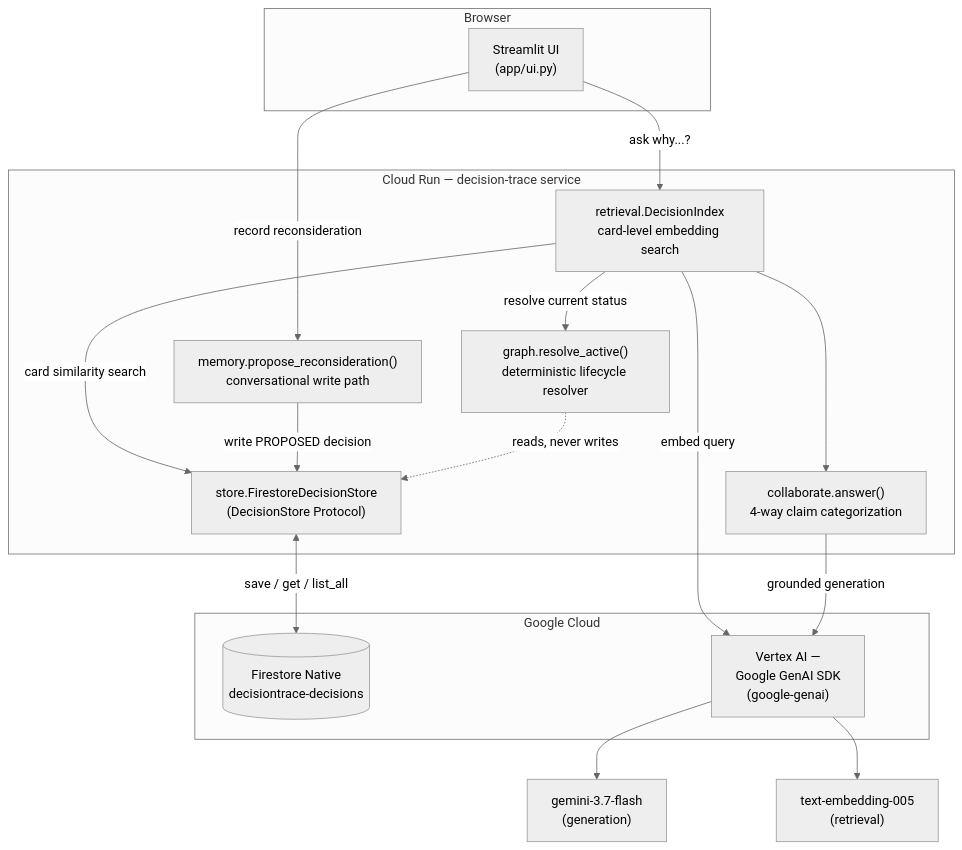
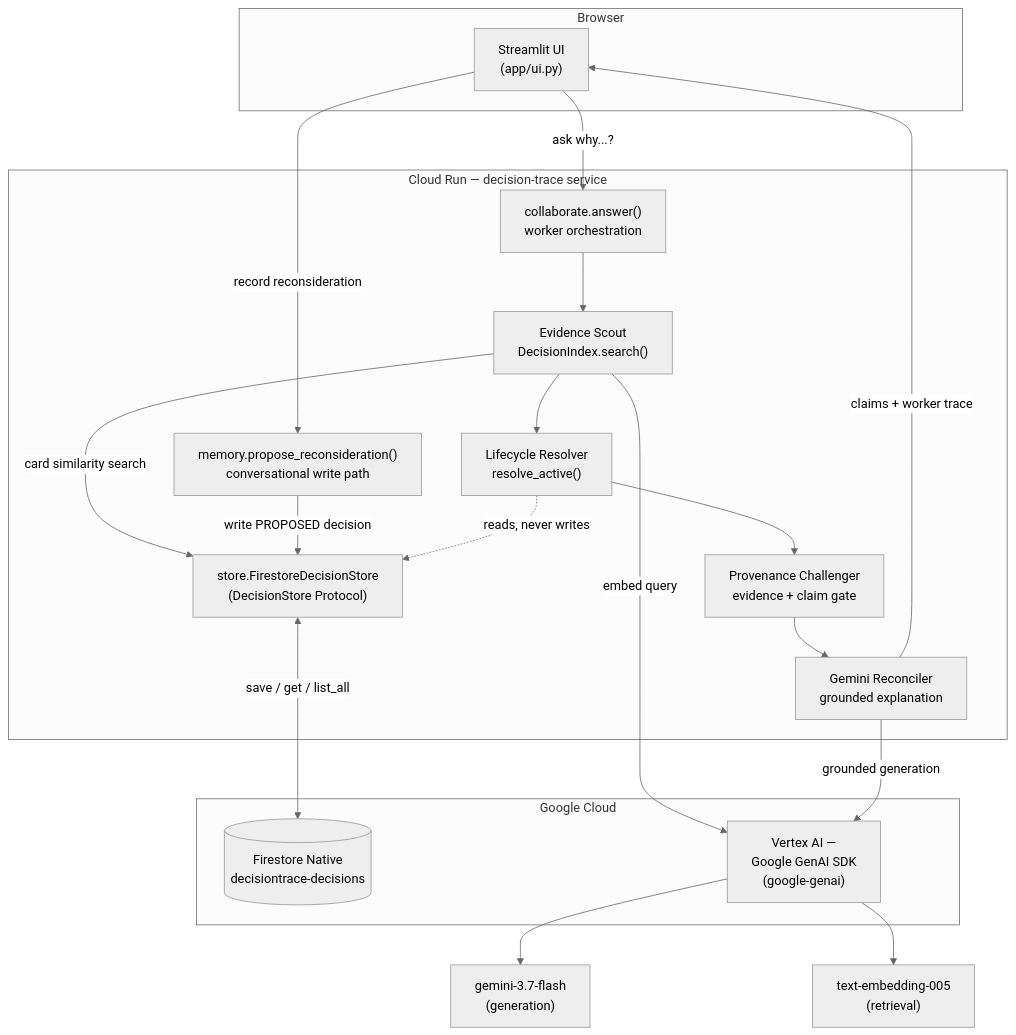
The diagram in decision-trace/docs/architecture.md (Yatsuiii/custody), drawn with Mermaid (neutral theme) before and after one commit. The commit also changed other lines of this file and 15 other files, not shown here.

````diff
--- a/decision-trace/docs/architecture.md
+++ b/decision-trace/docs/architecture.md
@@ -9,38 +9,43 @@
 ```mermaid
 flowchart TB
     subgraph client["Browser"]
         UI["Streamlit UI<br/>(app/ui.py)"]
     end
 
     subgraph cloudrun["Cloud Run — decision-trace service"]
         UI
-        Collab["collaborate.answer()<br/>4-way claim categorization"]
-        Retrieval["retrieval.DecisionIndex<br/>card-level embedding search"]
-        Graph["graph.resolve_active()<br/>deterministic lifecycle resolver"]
+        Collab["collaborate.answer()<br/>worker orchestration"]
+        Scout["Evidence Scout<br/>DecisionIndex.search()"]
+        Resolver["Lifecycle Resolver<br/>resolve_active()"]
+        Challenge["Provenance Challenger<br/>evidence + claim gate"]
+        Reconcile["Gemini Reconciler<br/>grounded explanation"]
         Memory["memory.propose_reconsideration()<br/>conversational write path"]
         Store["store.FirestoreDecisionStore<br/>(DecisionStore Protocol)"]
     end
 
     subgraph gcp["Google Cloud"]
         Firestore[("Firestore Native<br/>decisiontrace-decisions")]
         Vertex["Vertex AI —<br/>Google GenAI SDK<br/>(google-genai)"]
     end
 
     Gemini["gemini-3.7-flash<br/>(generation)"]
     Embed["text-embedding-005<br/>(retrieval)"]
 
-    UI -->|"ask why...?"| Retrieval
-    Retrieval -->|"embed query"| Vertex
-    Retrieval -->|"card similarity search"| Store
-    Retrieval -->|"resolve current status"| Graph
-    Retrieval --> Collab
-    Collab -->|"grounded generation"| Vertex
+    UI -->|"ask why...?"| Collab
+    Collab --> Scout
+    Scout -->|"embed query"| Vertex
+    Scout -->|"card similarity search"| Store
+    Scout --> Resolver
+    Resolver --> Challenge
+    Challenge --> Reconcile
+    Reconcile -->|"grounded generation"| Vertex
+    Reconcile -->|"claims + worker trace"| UI
     Vertex --> Gemini
     Vertex --> Embed
 
     UI -->|"record reconsideration"| Memory
     Memory -->|"write PROPOSED decision"| Store
     Store <-->|"save / get / list_all"| Firestore
 
-    Graph -.->|"reads, never writes"| Store
+    Resolver -.->|"reads, never writes"| Store
 ```
````
